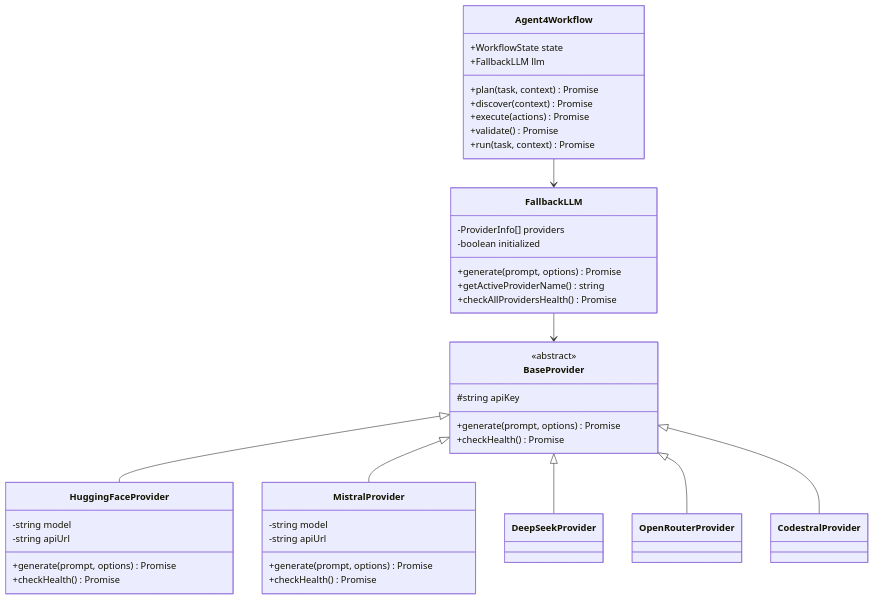
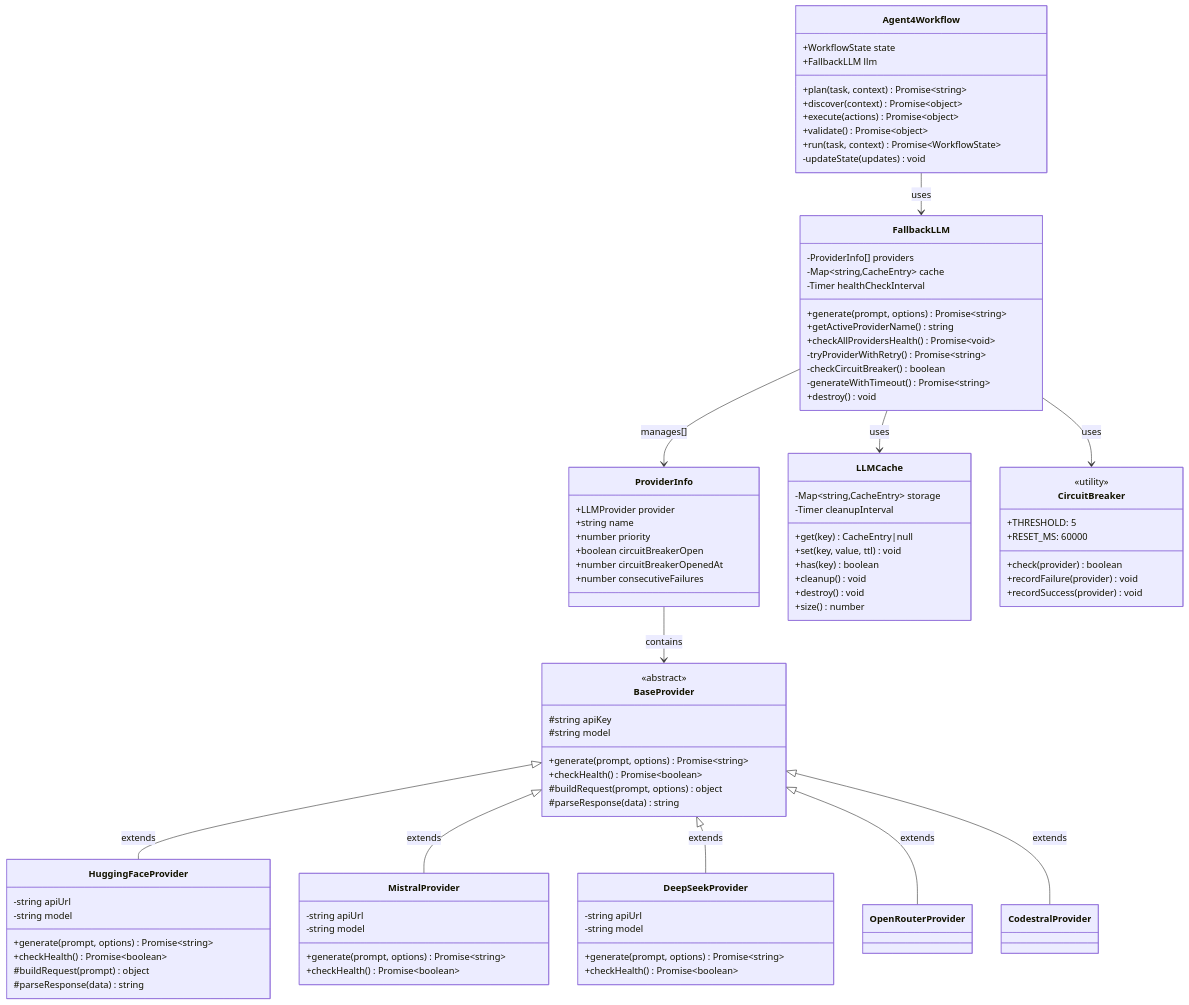
Before and after one commit to NovusAevum/agent4-implementation: the sixth of 15 diagrams in README.md, drawn with Mermaid. The commit also changed other lines of this file, not shown here.

````diff
--- a/README.md
+++ b/README.md
@@ -200,47 +408,97 @@
     class Agent4Workflow {
         +WorkflowState state
         +FallbackLLM llm
-        +plan(task, context) Promise
-        +discover(context) Promise
-        +execute(actions) Promise
-        +validate() Promise
-        +run(task, context) Promise
+        +plan(task, context) Promise~string~
+        +discover(context) Promise~object~
+        +execute(actions) Promise~object~
+        +validate() Promise~object~
+        +run(task, context) Promise~WorkflowState~
+        -updateState(updates) void
     }
-    
+
     class FallbackLLM {
         -ProviderInfo[] providers
-        -boolean initialized
-        +generate(prompt, options) Promise
+        -Map~string,CacheEntry~ cache
+        -Timer healthCheckInterval
+        +generate(prompt, options) Promise~string~
         +getActiveProviderName() string
-        +checkAllProvidersHealth() Promise
+        +checkAllProvidersHealth() Promise~void~
+        -tryProviderWithRetry() Promise~string~
+        -checkCircuitBreaker() boolean
+        -generateWithTimeout() Promise~string~
+        +destroy() void
     }
-    
+
+    class ProviderInfo {
+        +LLMProvider provider
+        +string name
+        +number priority
+        +boolean circuitBreakerOpen
+        +number circuitBreakerOpenedAt
+        +number consecutiveFailures
+    }
+
     class BaseProvider {
         <<abstract>>
         #string apiKey
-        +generate(prompt, options) Promise
-        +checkHealth() Promise
+        #string model
+        +generate(prompt, options) Promise~string~
+        +checkHealth() Promise~boolean~
+        #buildRequest(prompt, options) object
+        #parseResponse(data) string
     }
-    
+
     class HuggingFaceProvider {
+        -string apiUrl
         -string model
+        +generate(prompt, options) Promise~string~
+        +checkHealth() Promise~boolean~
+        #buildRequest(prompt) object
+        #parseResponse(data) string
+    }
+
+    class MistralProvider {
         -string apiUrl
-        +generate(prompt, options) Promise
-        +checkHealth() Promise
+        -string model
+        +generate(prompt, options) Promise~string~
+        +checkHealth() Promise~boolean~
     }
-    
-    class MistralProvider {
+
+    class DeepSeekProvider {
+        -string apiUrl
         -string model
-        -string apiUrl
-        +generate(prompt, options) Promise
-        +checkHealth() Promise
+        +generate(prompt, options) Promise~string~
+        +checkHealth() Promise~boolean~
     }
-    
-    Agent4Workflow --> FallbackLLM
-    FallbackLLM --> BaseProvider
-    BaseProvider <|-- HuggingFaceProvider
-    BaseProvider <|-- MistralProvider
-    BaseProvider <|-- DeepSeekProvider
-    BaseProvider <|-- OpenRouterProvider
-    BaseProvider <|-- CodestralProvider
+
+    class LLMCache {
+        -Map~string,CacheEntry~ storage
+        -Timer cleanupInterval
+        +get(key) CacheEntry|null
+        +set(key, value, ttl) void
+        +has(key) boolean
+        +cleanup() void
+        +destroy() void
+        +size() number
+    }
+
+    class CircuitBreaker {
+        <<utility>>
+        +THRESHOLD: 5
+        +RESET_MS: 60000
+        +check(provider) boolean
+        +recordFailure(provider) void
+        +recordSuccess(provider) void
+    }
+
+    Agent4Workflow --> FallbackLLM: uses
+    FallbackLLM --> ProviderInfo: manages[]
+    FallbackLLM --> LLMCache: uses
+    FallbackLLM --> CircuitBreaker: uses
+    ProviderInfo --> BaseProvider: contains
+    BaseProvider <|-- HuggingFaceProvider: extends
+    BaseProvider <|-- MistralProvider: extends
+    BaseProvider <|-- DeepSeekProvider: extends
+    BaseProvider <|-- OpenRouterProvider: extends
+    BaseProvider <|-- CodestralProvider: extends
 ```
````
